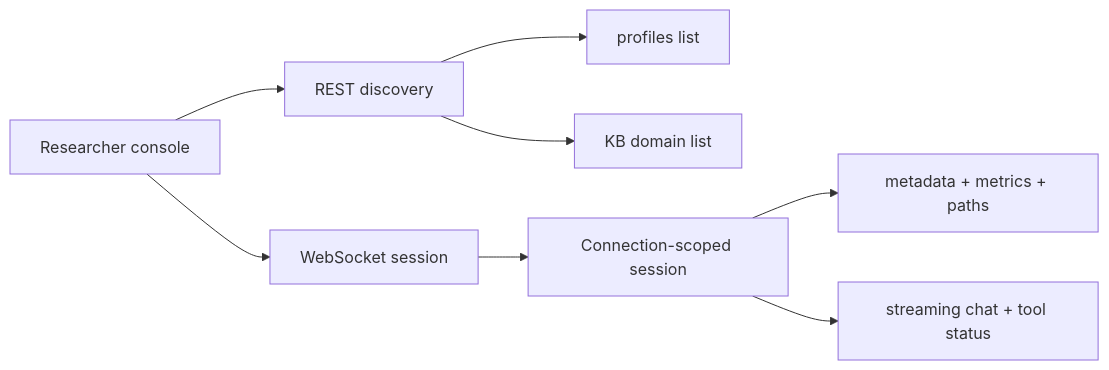
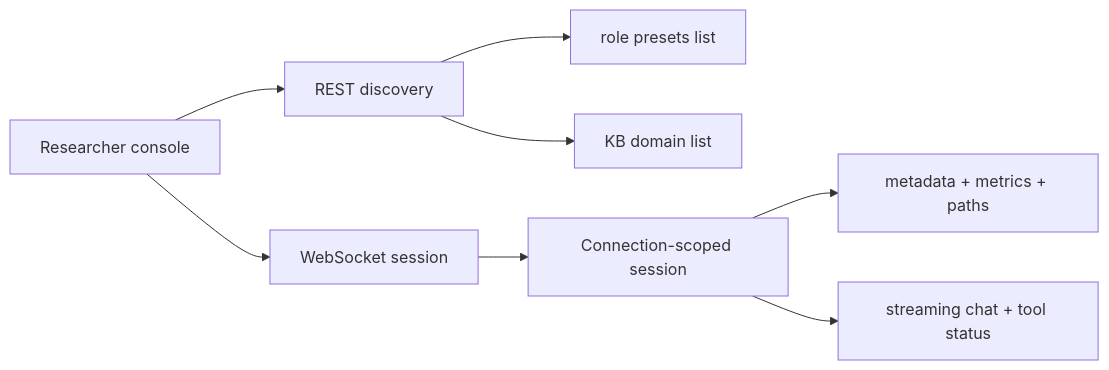
Before and after one commit to syuan-research/alt-theory: the diagram in project/architecture/researcher-console.md, drawn with Mermaid. The commit also changed other lines of this file and 25 other files, not shown here.

````diff
--- a/project/architecture/researcher-console.md
+++ b/project/architecture/researcher-console.md
@@ -51,10 +51,10 @@
 ```mermaid
 flowchart LR
   Browser[Researcher console] --> REST[REST discovery]
   Browser --> WS[WebSocket session]
-  REST --> Profiles[profiles list]
+  REST --> RolePresets[role presets list]
   REST --> KBDomains[KB domain list]
   WS --> Session[Connection-scoped session]
   Session --> Inspector[metadata + metrics + paths]
   Session --> Chat[streaming chat + tool status]
 ```
````
